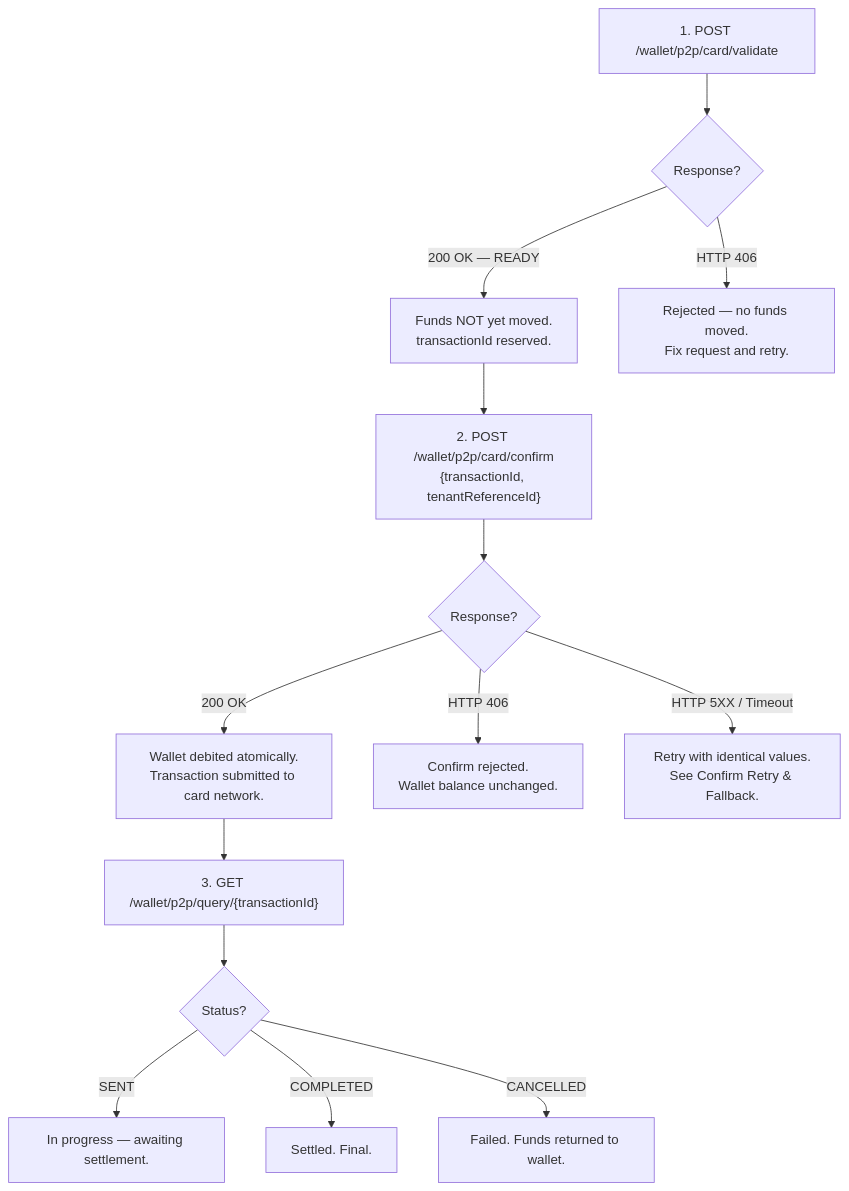
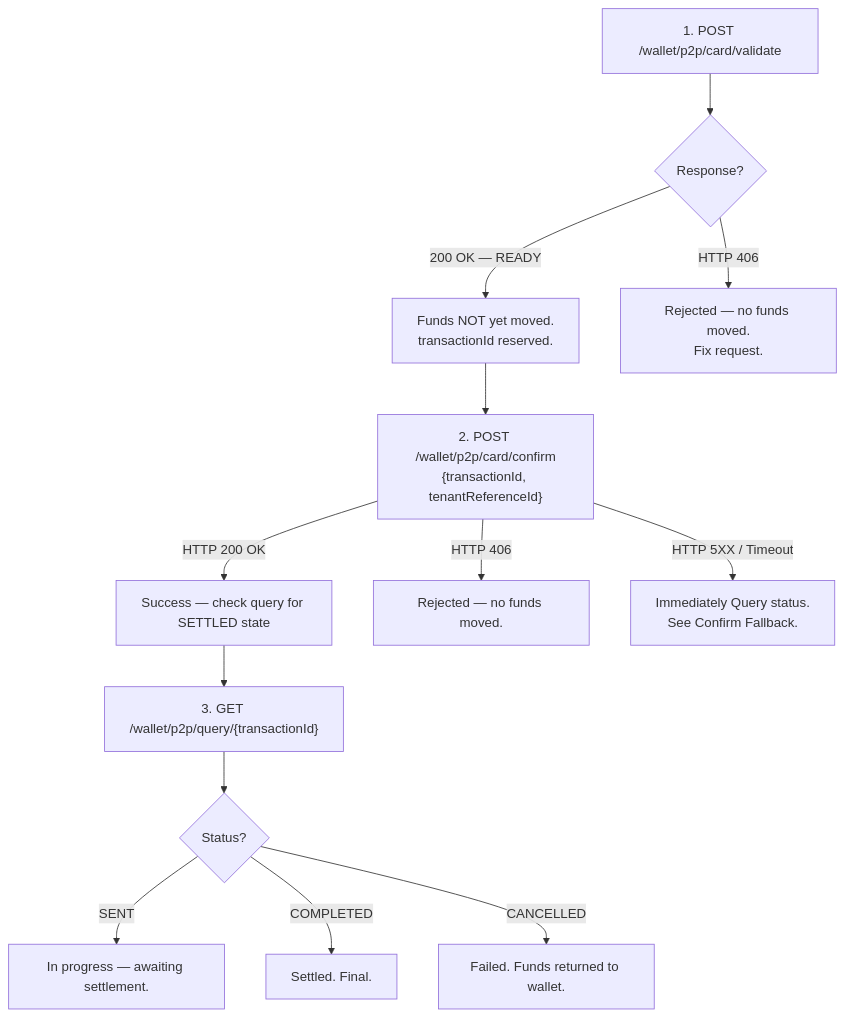
The diagram in docs/whitelabel-wallet-v2/safety-model.md (commitup/api-doc-v2), drawn with Mermaid before and after one commit. The commit also changed other lines of this file and 10 other files, not shown here.

Commit message:
refactor: simplify Confirm flow by removing tenantReferenceId, updating error handling, and adding mandatory field documentation.

````diff
--- a/docs/whitelabel-wallet-v2/safety-model.md
+++ b/docs/whitelabel-wallet-v2/safety-model.md
@@ -17,16 +17,15 @@
 ```mermaid
 flowchart TD
     A["1. POST /wallet/p2p/card/validate"] --> B{"Response?"}
     B -->|"200 OK — READY"| C["Funds NOT yet moved.<br/>transactionId reserved."]
-    B -->|"HTTP 406"| D["Rejected — no funds moved.<br/>Fix request and retry."]
+    B -->|"HTTP 406"| D["Rejected — no funds moved.<br/>Fix request."]
     C --> E["2. POST /wallet/p2p/card/confirm<br/>{transactionId, tenantReferenceId}"]
-    E --> F{"Response?"}
-    F -->|"200 OK"| G["Wallet debited atomically.<br/>Transaction submitted to card network."]
-    F -->|"HTTP 406"| H["Confirm rejected.<br/>Wallet balance unchanged."]
-    F -->|"HTTP 5XX / Timeout"| I["Retry with identical values.<br/>See Confirm Retry & Fallback."]
+    E -->|"HTTP 200 OK"| G["Success — check query for SETTLED state"]
+    E -->|"HTTP 406"| H["Rejected — no funds moved."]
+    E -->|"HTTP 5XX / Timeout"| I["Immediately Query status.<br/>See Confirm Fallback."]
     G --> J["3. GET /wallet/p2p/query/{transactionId}"]
     J --> K{"Status?"}
     K -->|"SENT"| L["In progress — awaiting settlement."]
     K -->|"COMPLETED"| M["Settled. Final."]
     K -->|"CANCELLED"| N["Failed. Funds returned to wallet."]
 ```
````
